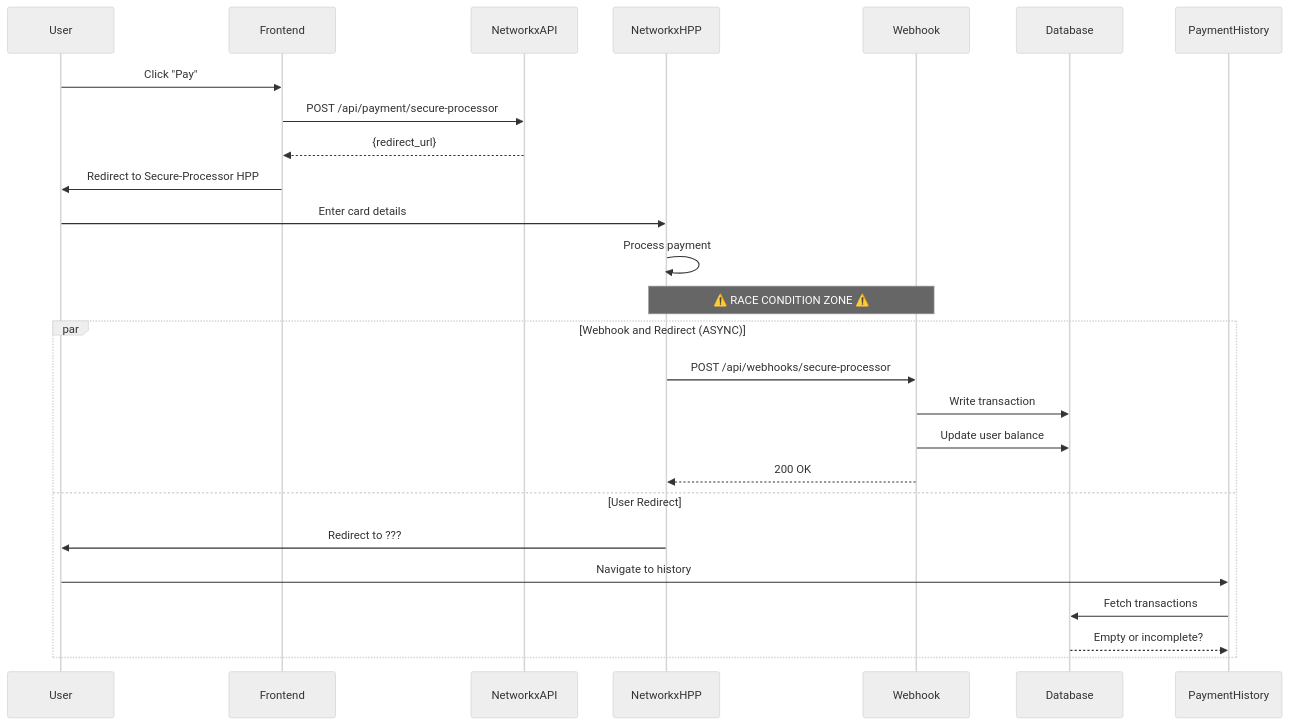
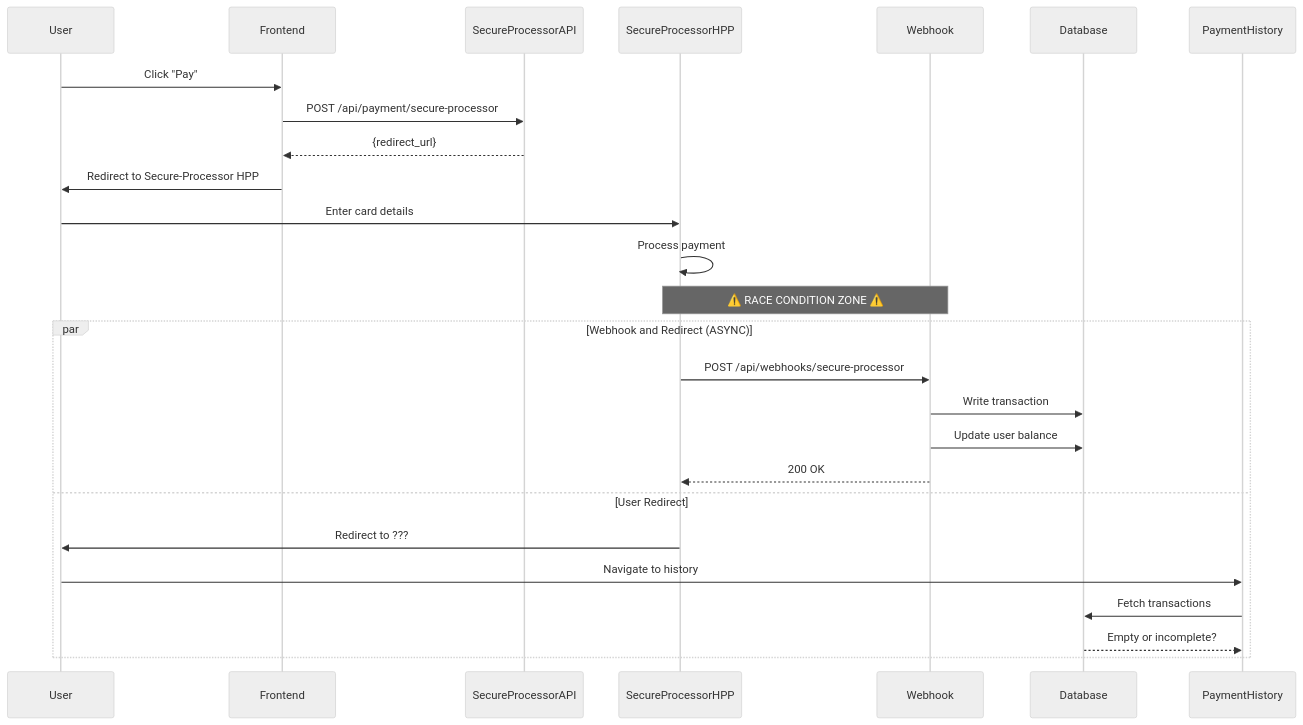
Before and after one commit to vanya-vasya/website-4-bird: the diagram in PAYMENT_REDIRECT_INVESTIGATION.md, drawn with Mermaid (neutral theme). The commit also changed 12 other files, not shown here.

Commit message:
Replace "networx" with "secure-processor" across codebase

````diff
--- a/PAYMENT_REDIRECT_INVESTIGATION.md
+++ b/PAYMENT_REDIRECT_INVESTIGATION.md
@@ -198,31 +198,31 @@
 ```mermaid
 sequenceDiagram
     participant User
     participant Frontend
-    participant NetworkxAPI
-    participant NetworkxHPP
+    participant SecureProcessorAPI
+    participant SecureProcessorHPP
     participant Webhook
     participant Database
     participant PaymentHistory
 
     User->>Frontend: Click "Pay"
-    Frontend->>NetworkxAPI: POST /api/payment/secure-processor
-    NetworkxAPI-->>Frontend: {redirect_url}
+    Frontend->>SecureProcessorAPI: POST /api/payment/secure-processor
+    SecureProcessorAPI-->>Frontend: {redirect_url}
     Frontend->>User: Redirect to Secure-Processor HPP
-    User->>NetworkxHPP: Enter card details
-    NetworkxHPP->>NetworkxHPP: Process payment
+    User->>SecureProcessorHPP: Enter card details
+    SecureProcessorHPP->>SecureProcessorHPP: Process payment
     
-    Note over NetworkxHPP,Webhook: ⚠️ RACE CONDITION ZONE ⚠️
+    Note over SecureProcessorHPP,Webhook: ⚠️ RACE CONDITION ZONE ⚠️
     
     par Webhook and Redirect (ASYNC)
-        NetworkxHPP->>Webhook: POST /api/webhooks/secure-processor
+        SecureProcessorHPP->>Webhook: POST /api/webhooks/secure-processor
         Webhook->>Database: Write transaction
         Webhook->>Database: Update user balance
-        Webhook-->>NetworkxHPP: 200 OK
+        Webhook-->>SecureProcessorHPP: 200 OK
     and User Redirect
-        NetworkxHPP->>User: Redirect to ???
+        SecureProcessorHPP->>User: Redirect to ???
         User->>PaymentHistory: Navigate to history
         PaymentHistory->>Database: Fetch transactions
         Database-->>PaymentHistory: Empty or incomplete?
     end
 ```
````
